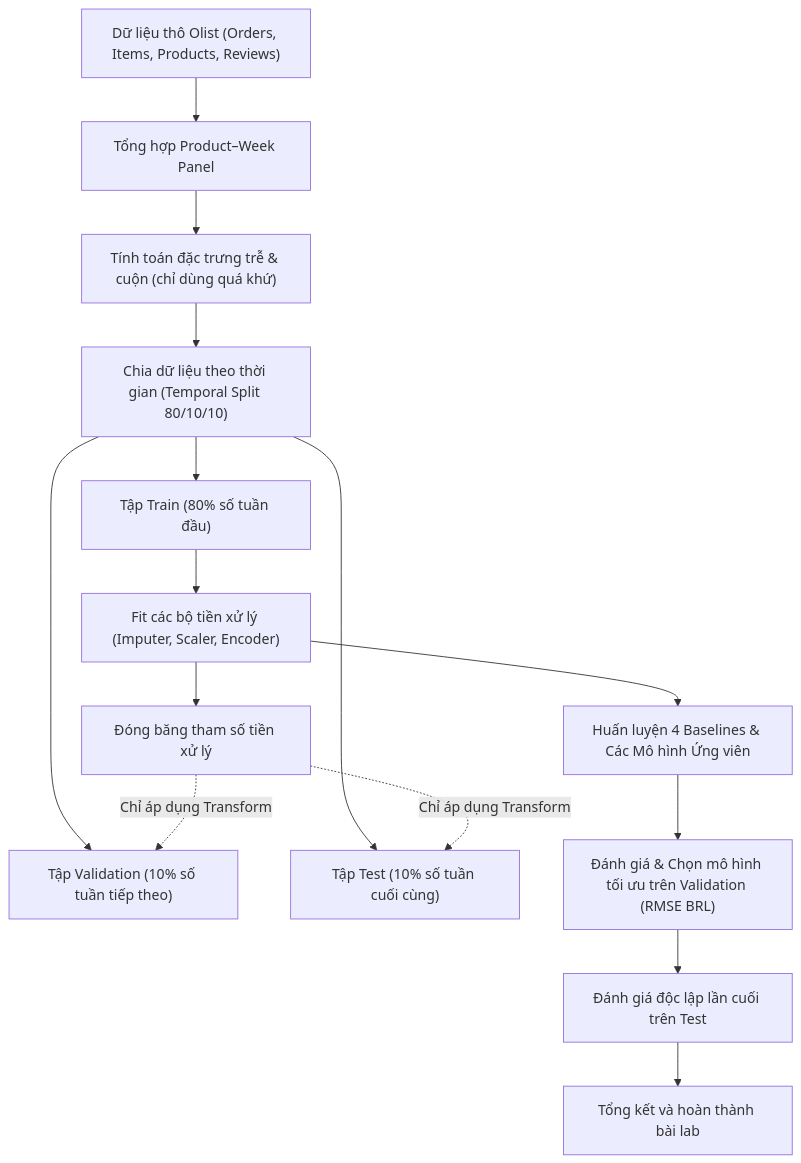
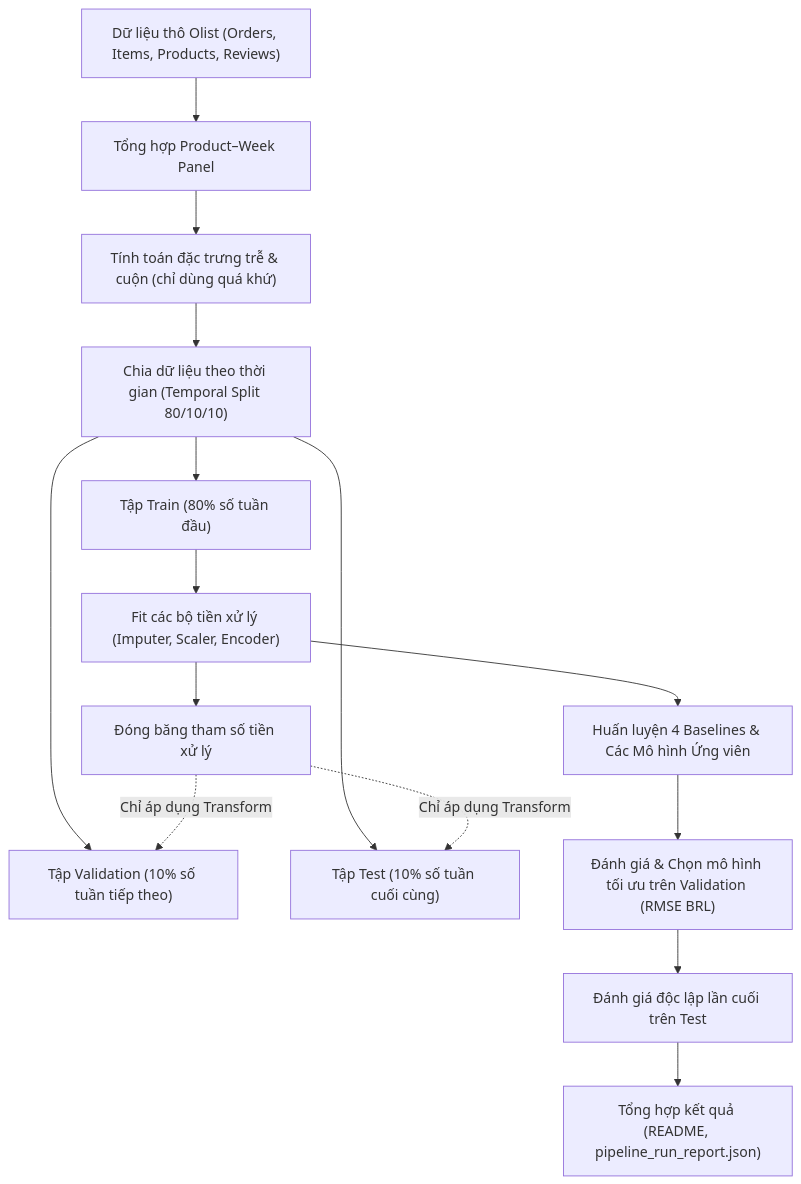
Before and after one commit to iamtien77/sales_predictor: the diagram in docs/algorithms/README.md, drawn with Mermaid. The commit also changed other lines of this file and 8 other files, not shown here.

Commit message:
docs(algorithms): đối chiếu tài liệu thuật toán với mã nguồn và kết quả 11/11/2026

````diff
--- a/docs/algorithms/README.md
+++ b/docs/algorithms/README.md
@@ -60,17 +61,17 @@
 ```mermaid
 flowchart TD
     A["Dữ liệu thô Olist (Orders, Items, Products, Reviews)"] --> B["Tổng hợp Product–Week Panel"]
     B --> C["Tính toán đặc trưng trễ & cuộn (chỉ dùng quá khứ)"]
     C --> D["Chia dữ liệu theo thời gian (Temporal Split 80/10/10)"]
     D --> E["Tập Train (80% số tuần đầu)"]
     D --> F["Tập Validation (10% số tuần tiếp theo)"]
     D --> G["Tập Test (10% số tuần cuối cùng)"]
     E --> H["Fit các bộ tiền xử lý (Imputer, Scaler, Encoder)"]
     H --> I["Đóng băng tham số tiền xử lý"]
     I -.->|Chỉ áp dụng Transform| F
     I -.->|Chỉ áp dụng Transform| G
     H --> J["Huấn luyện 4 Baselines & Các Mô hình Ứng viên"]
     J --> K["Đánh giá & Chọn mô hình tối ưu trên Validation (RMSE BRL)"]
     K --> L["Đánh giá độc lập lần cuối trên Test"]
-    L --> M["Tổng kết và hoàn thành bài lab"]
+    L --> M["Tổng hợp kết quả (README, pipeline_run_report.json)"]
 ```
````
